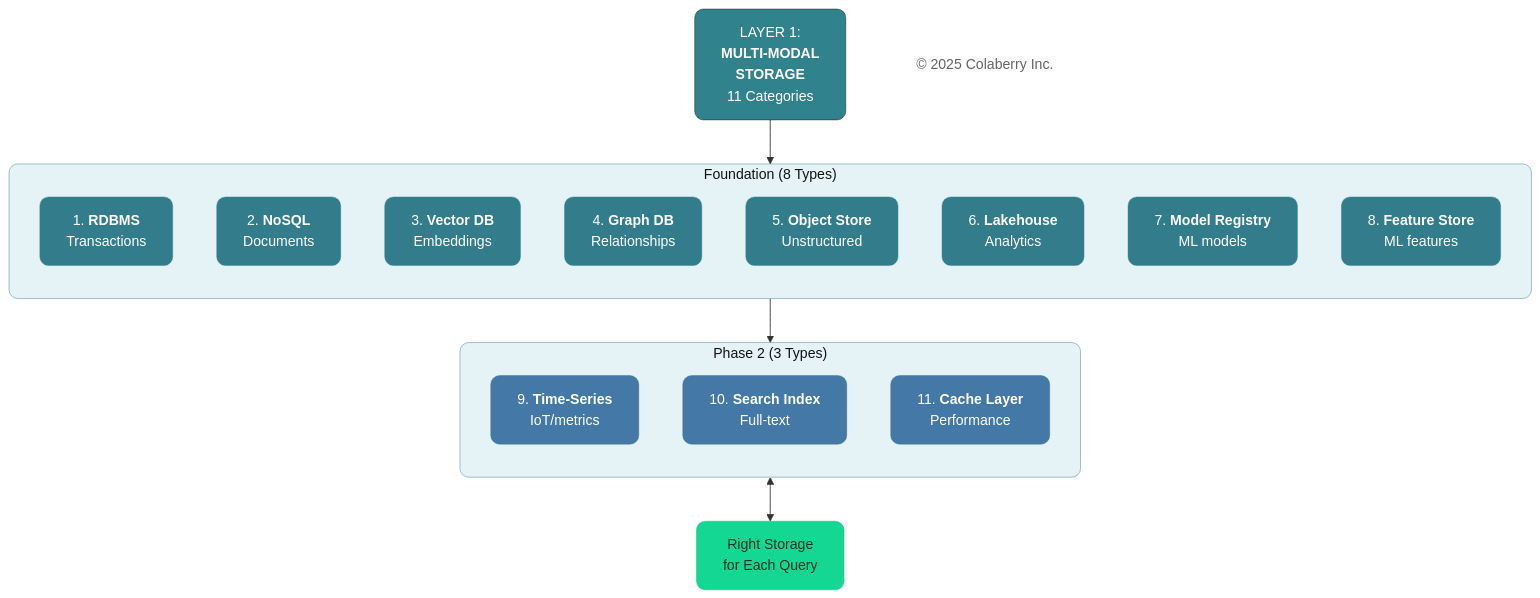
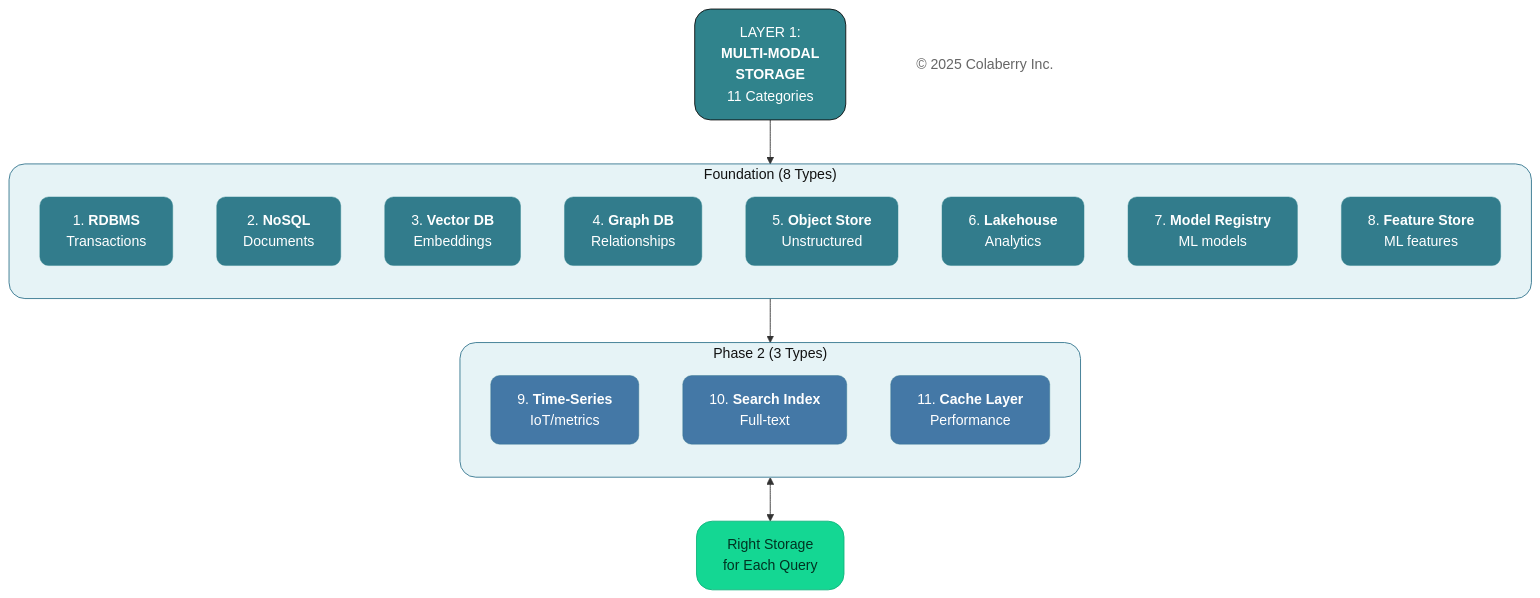
The fifth of 11 diagrams in manuscript/05_chapter_4_foundation_layers.md (saitejesh-cyber/trust-before-intelligence-book), drawn with Mermaid before and after one commit. The commit also changed other lines of this file and 12 other files, not shown here.

````diff
--- a/manuscript/05_chapter_4_foundation_layers.md
+++ b/manuscript/05_chapter_4_foundation_layers.md
@@ -408,48 +408,48 @@
 ```mermaid
 
 graph TB
     TITLE["LAYER 1:<br/><b>MULTI-MODAL</b><br/><b>STORAGE</b><br/>11 Categories"]
     
     subgraph FOUNDATION["Foundation (8 Types)"]
         direction TB
         S1["1. <b>RDBMS</b><br/>Transactions"]
         S2["2. <b>NoSQL</b><br/>Documents"]
         S3["3. <b>Vector DB</b><br/>Embeddings"]
         S4["4. <b>Graph DB</b><br/>Relationships"]
         S5["5. <b>Object Store</b><br/>Unstructured"]
         S6["6. <b>Lakehouse</b><br/>Analytics"]
         S7["7. <b>Model Registry</b><br/>ML models"]
         S8["8. <b>Feature Store</b><br/>ML features"]
     end
     
     subgraph PHASE2["Phase 2 (3 Types)"]
         direction TB
         S9["9. <b>Time-Series</b><br/>IoT/metrics"]
         S10["10. <b>Search Index</b><br/>Full-text"]
         S11["11. <b>Cache Layer</b><br/>Performance"]
     end
     
     OUTPUT["Right Storage<br/>for Each Query"]
     
     Copyright["© 2025 Colaberry Inc."]
     
     TITLE --> FOUNDATION --> PHASE2 <--> OUTPUT
     
-    style TITLE fill:#30838C,color:#ffffff,stroke:#0D0D0D,stroke-width:0.5px,rx:10,ry:10
-    style FOUNDATION fill:#E6F3F6,stroke:#32738C,stroke-width:0.5px,color:#121212,rx:10,ry:10
-    style PHASE2 fill:#E6F3F6,stroke:#32738C,stroke-width:0.5px,color:#121212,rx:10,ry:10
+    style TITLE fill:#30838C,color:#ffffff,stroke:#0D0D0D,stroke-width:1px,rx:18,ry:18
+    style FOUNDATION fill:#E6F3F6,stroke:#32738C,stroke-width:1px,color:#121212,rx:18,ry:18
+    style PHASE2 fill:#E6F3F6,stroke:#32738C,stroke-width:1px,color:#121212,rx:18,ry:18
     style S1 fill:#327C8C,stroke:#30838C,stroke-width:0.5px,color:#ffffff,rx:10,ry:10
     style S2 fill:#327C8C,stroke:#30838C,stroke-width:0.5px,color:#ffffff,rx:10,ry:10
     style S3 fill:#327C8C,stroke:#30838C,stroke-width:0.5px,color:#ffffff,rx:10,ry:10
     style S4 fill:#327C8C,stroke:#30838C,stroke-width:0.5px,color:#ffffff,rx:10,ry:10
     style S5 fill:#327C8C,stroke:#30838C,stroke-width:0.5px,color:#ffffff,rx:10,ry:10
     style S6 fill:#327C8C,stroke:#30838C,stroke-width:0.5px,color:#ffffff,rx:10,ry:10
     style S7 fill:#327C8C,stroke:#30838C,stroke-width:0.5px,color:#ffffff,rx:10,ry:10
     style S8 fill:#327C8C,stroke:#30838C,stroke-width:0.5px,color:#ffffff,rx:10,ry:10
     style S9 fill:#4478A6,stroke:#32738C,stroke-width:0.5px,color:#ffffff,rx:10,ry:10
     style S10 fill:#4478A6,stroke:#32738C,stroke-width:0.5px,color:#ffffff,rx:10,ry:10
     style S11 fill:#4478A6,stroke:#32738C,stroke-width:0.5px,color:#ffffff,rx:10,ry:10
-    style OUTPUT fill:#14D793,color:#003322,stroke:#0FB67D,stroke-width:0.5px,rx:10,ry:10
+    style OUTPUT fill:#14D793,color:#003322,stroke:#0FB67D,stroke-width:1px,rx:18,ry:18
     style Copyright fill:none,stroke:none,color:#666666
 
 ```
````
